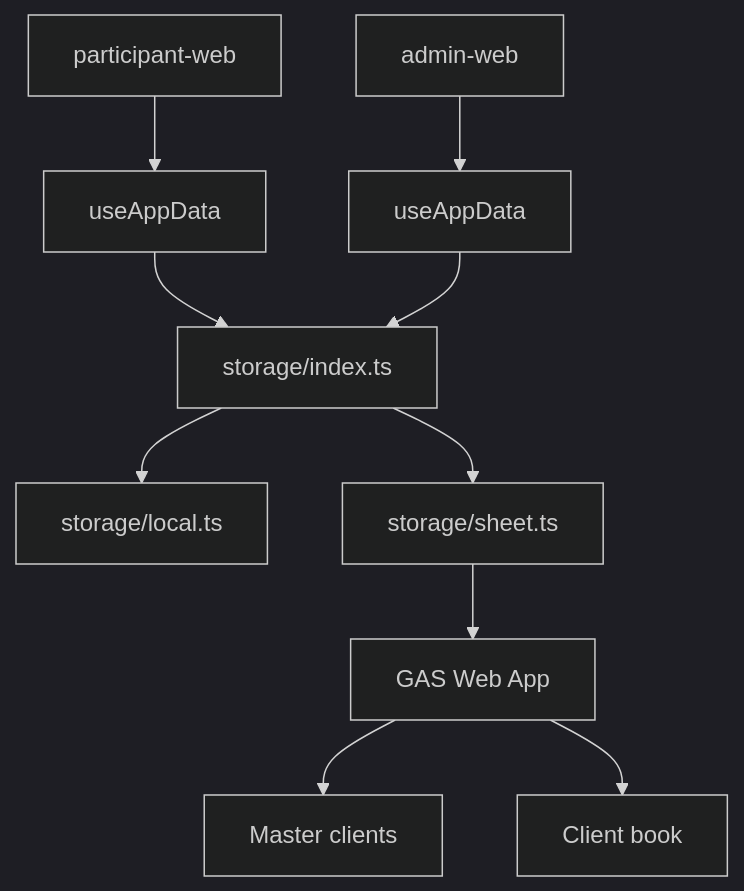
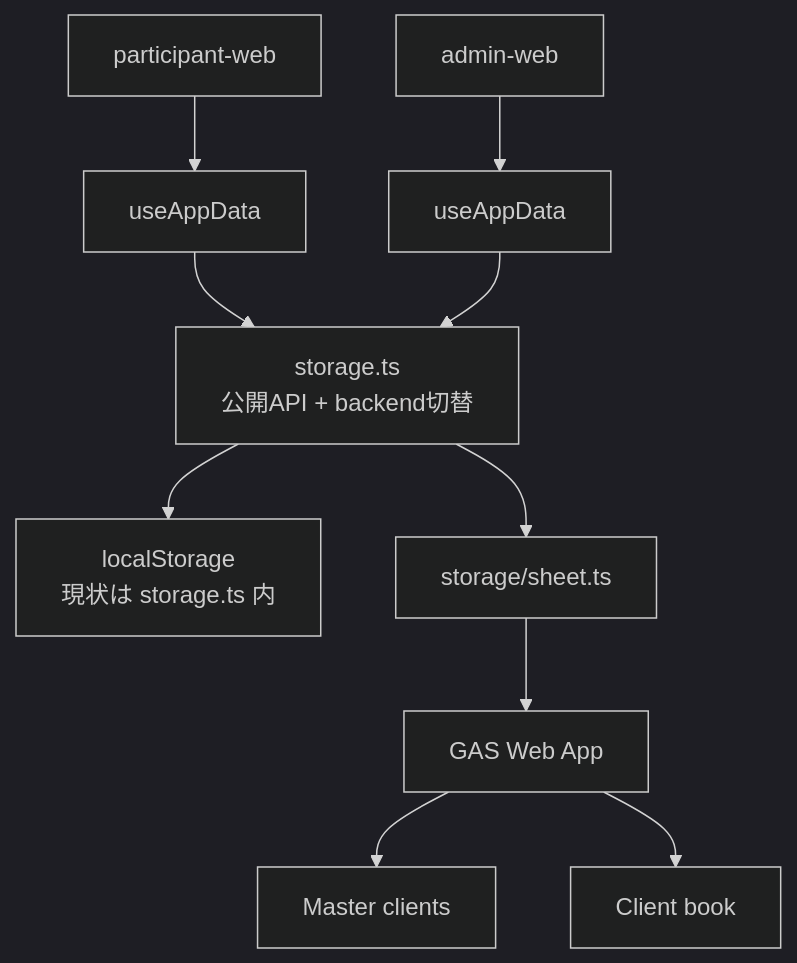
One commit to shintaro0403/experteye360 changed the diagram in docs/REMAINING-IMPLEMENTATION.md. Above: the diagram before and after it, drawn with Mermaid (dark theme). The commit also changed other lines of this file and 12 other files, not shown here.

````diff
--- a/docs/REMAINING-IMPLEMENTATION.md
+++ b/docs/REMAINING-IMPLEMENTATION.md
@@ -521,12 +551,12 @@
 ```mermaid
 flowchart TD
   participantWeb["participant-web"] --> useAppDataP["useAppData"]
   adminWeb["admin-web"] --> useAppDataA["useAppData"]
-  useAppDataP --> storageIndex["storage/index.ts"]
-  useAppDataA --> storageIndex
-  storageIndex --> localStore["storage/local.ts"]
-  storageIndex --> sheetStore["storage/sheet.ts"]
+  useAppDataP --> storagePublic["storage.ts<br/>公開API + backend切替"]
+  useAppDataA --> storagePublic
+  storagePublic --> localStore["localStorage<br/>現状は storage.ts 内"]
+  storagePublic --> sheetStore["storage/sheet.ts"]
   sheetStore --> gasApi["GAS Web App"]
   gasApi --> masterBook["Master clients"]
   gasApi --> clientBook["Client book"]
 ```
````
